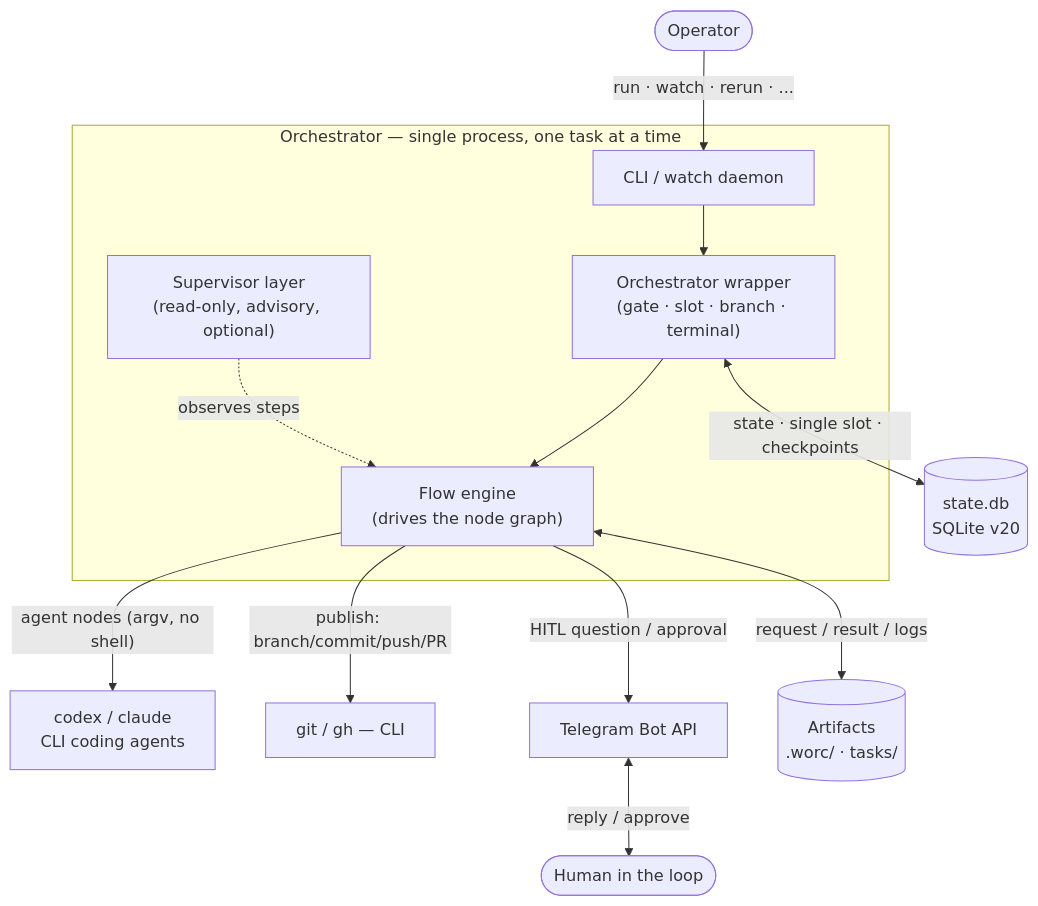
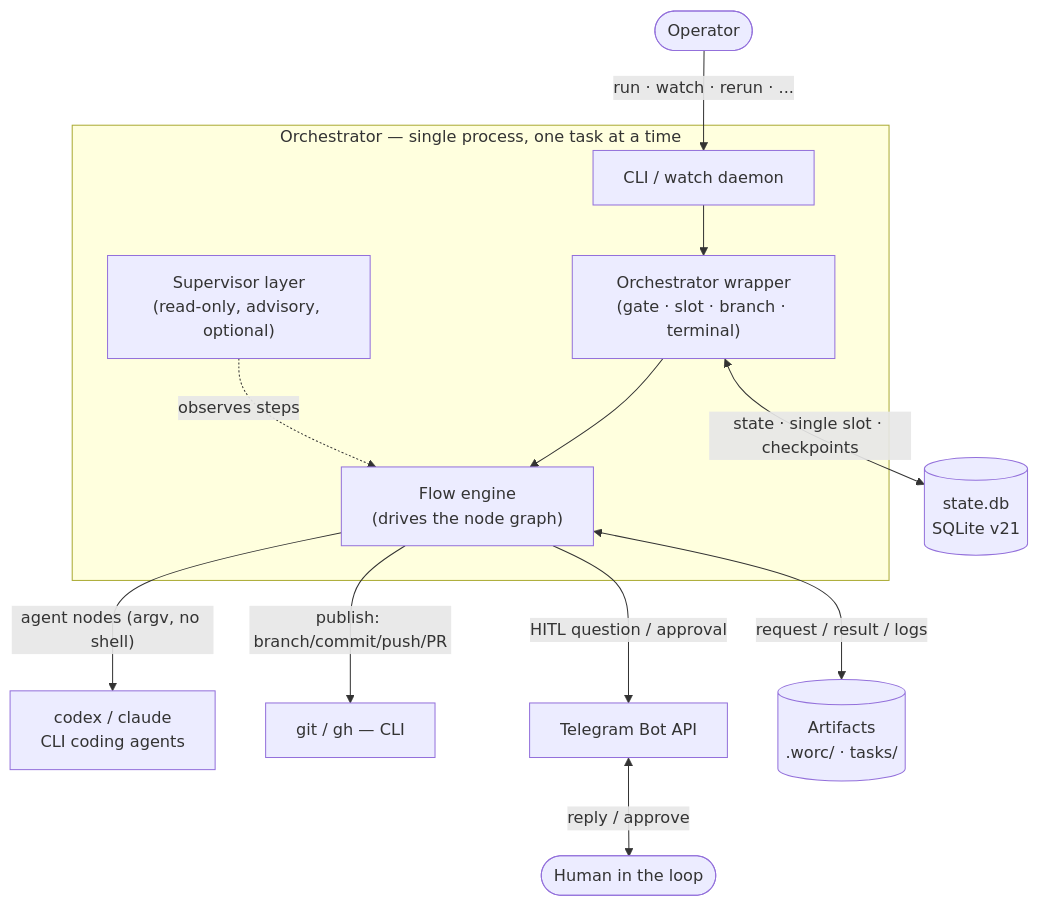
The first of 3 diagrams in docs/worc_architecture.md (VladimirMakarevich/wastech-orchestrator), drawn with Mermaid before and after one commit. The commit also changed other lines of this file and 7 other files, not shown here.

First line of the commit message:
Enhance worc architecture documentation with updates on flow management, error handling, and security policies

````diff
--- a/docs/worc_architecture.md
+++ b/docs/worc_architecture.md
@@ -30,28 +30,28 @@
 ```mermaid
 flowchart TB
     operator(["Operator"])
     human(["Human in the loop"])
 
     subgraph orc["Orchestrator — single process, one task at a time"]
         cli["CLI / watch daemon"]
         wrap["Orchestrator wrapper<br/>(gate · slot · branch · terminal)"]
         engine["Flow engine<br/>(drives the node graph)"]
         sup["Supervisor layer<br/>(read-only, advisory, optional)"]
         cli --> wrap --> engine
         sup -. observes steps .-> engine
     end
 
     agents["codex / claude<br/>CLI coding agents"]
     vcs["git / gh — CLI"]
     tg["Telegram Bot API"]
-    db[("state.db<br/>SQLite v20")]
+    db[("state.db<br/>SQLite v21")]
     art[("Artifacts<br/>.worc/ · tasks/")]
 
     operator -->|"run · watch · rerun · ..."| cli
     engine -->|"agent nodes (argv, no shell)"| agents
     engine -->|"publish: branch/commit/push/PR"| vcs
     engine -->|"HITL question / approval"| tg
     tg <-->|"reply / approve"| human
     wrap <-->|"state · single slot · checkpoints"| db
     engine <-->|"request / result / logs"| art
 ```
````
